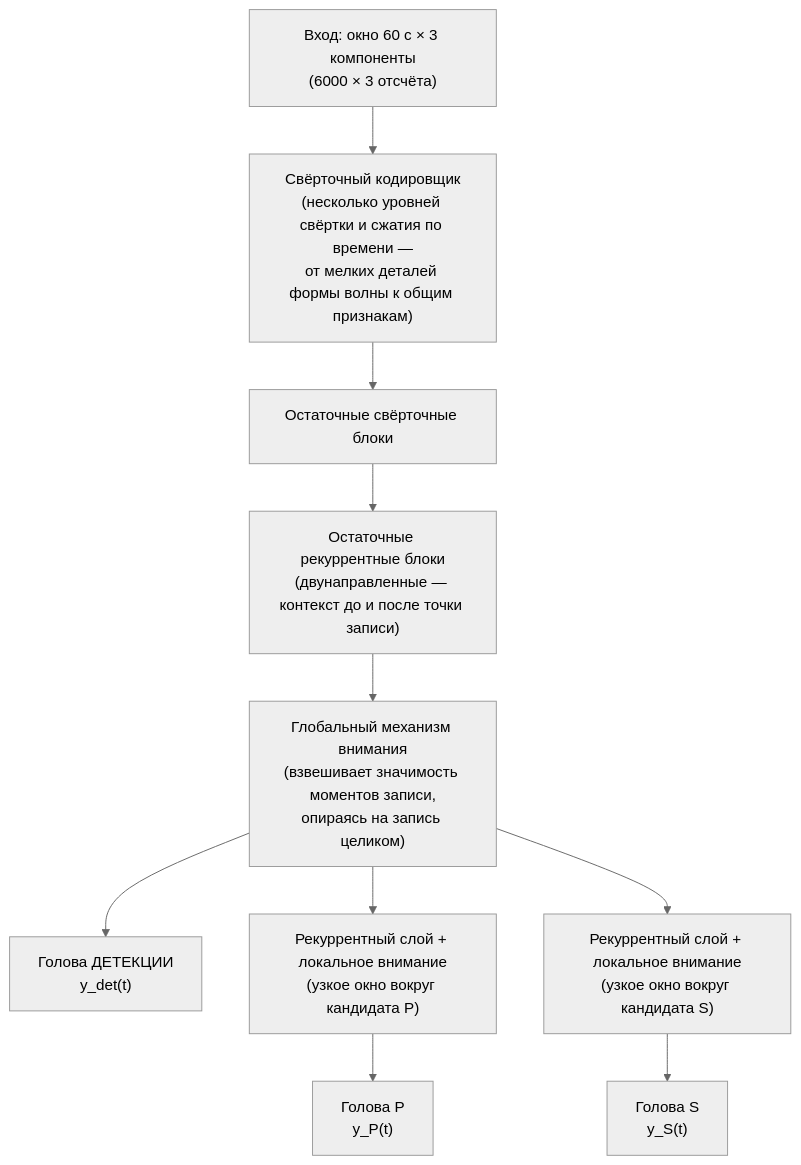
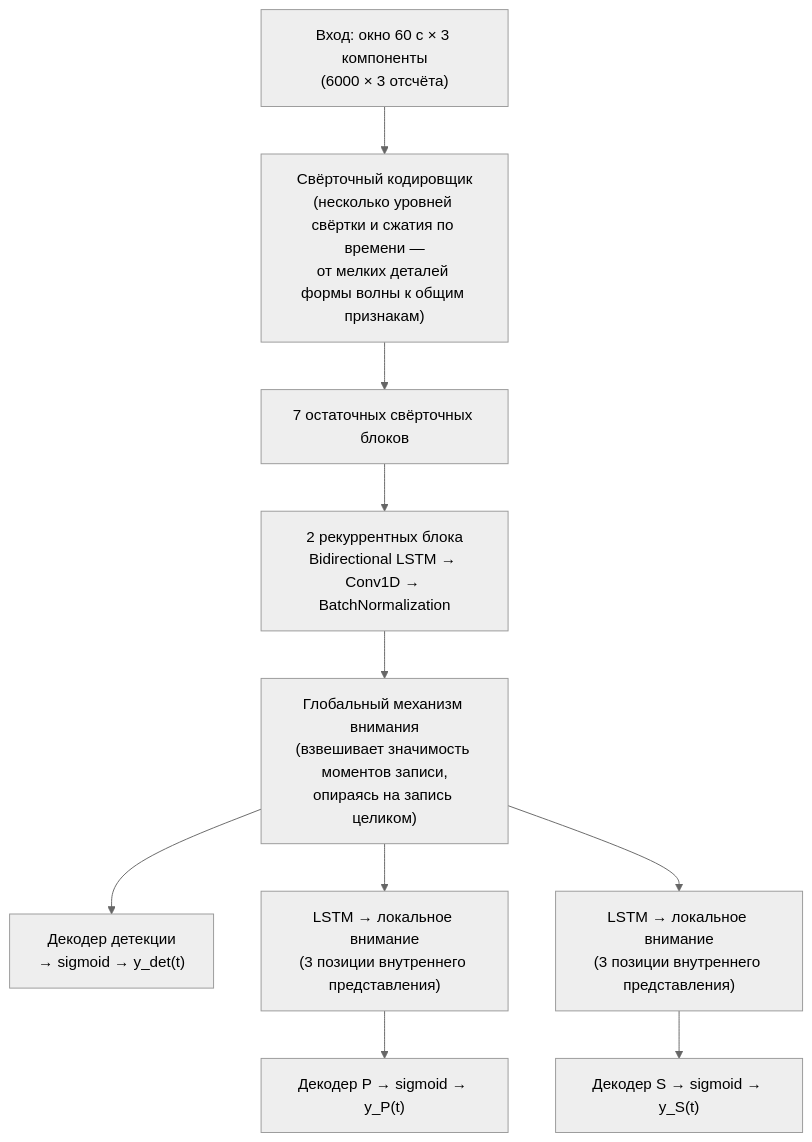
One commit to ruhose73/FastEQT changed the second of 11 diagrams in docs/doc-technical.md. Above: the diagram before and after it, drawn with Mermaid (neutral theme). The commit also changed other lines of this file, not shown here.

````diff
--- a/docs/doc-technical.md
+++ b/docs/doc-technical.md
@@ -133,12 +207,12 @@
 ```mermaid
 flowchart TD
     In["Вход: окно 60 с × 3 компоненты<br/>(6000 × 3 отсчёта)"] --> Enc["Свёрточный кодировщик<br/>(несколько уровней свёртки и сжатия по времени —<br/>от мелких деталей формы волны к общим признакам)"]
-    Enc --> Res1["Остаточные свёрточные блоки"]
-    Res1 --> Res2["Остаточные рекуррентные блоки<br/>(двунаправленные — контекст до и после точки записи)"]
+    Enc --> Res1["7 остаточных свёрточных блоков"]
+    Res1 --> Res2["2 рекуррентных блока<br/>Bidirectional LSTM → Conv1D → BatchNormalization"]
     Res2 --> Att["Глобальный механизм внимания<br/>(взвешивает значимость моментов записи,<br/>опираясь на запись целиком)"]
-    Att --> Det["Голова ДЕТЕКЦИИ<br/>y_det(t)"]
-    Att --> Pl["Рекуррентный слой + локальное внимание<br/>(узкое окно вокруг кандидата P)"]
-    Att --> Sl["Рекуррентный слой + локальное внимание<br/>(узкое окно вокруг кандидата S)"]
-    Pl --> Ph["Голова P<br/>y_P(t)"]
-    Sl --> Sh["Голова S<br/>y_S(t)"]
+    Att --> Det["Декодер детекции<br/>→ sigmoid → y_det(t)"]
+    Att --> Pl["LSTM → локальное внимание<br/>(3 позиции внутреннего представления)"]
+    Att --> Sl["LSTM → локальное внимание<br/>(3 позиции внутреннего представления)"]
+    Pl --> Ph["Декодер P → sigmoid → y_P(t)"]
+    Sl --> Sh["Декодер S → sigmoid → y_S(t)"]
 ```
````
